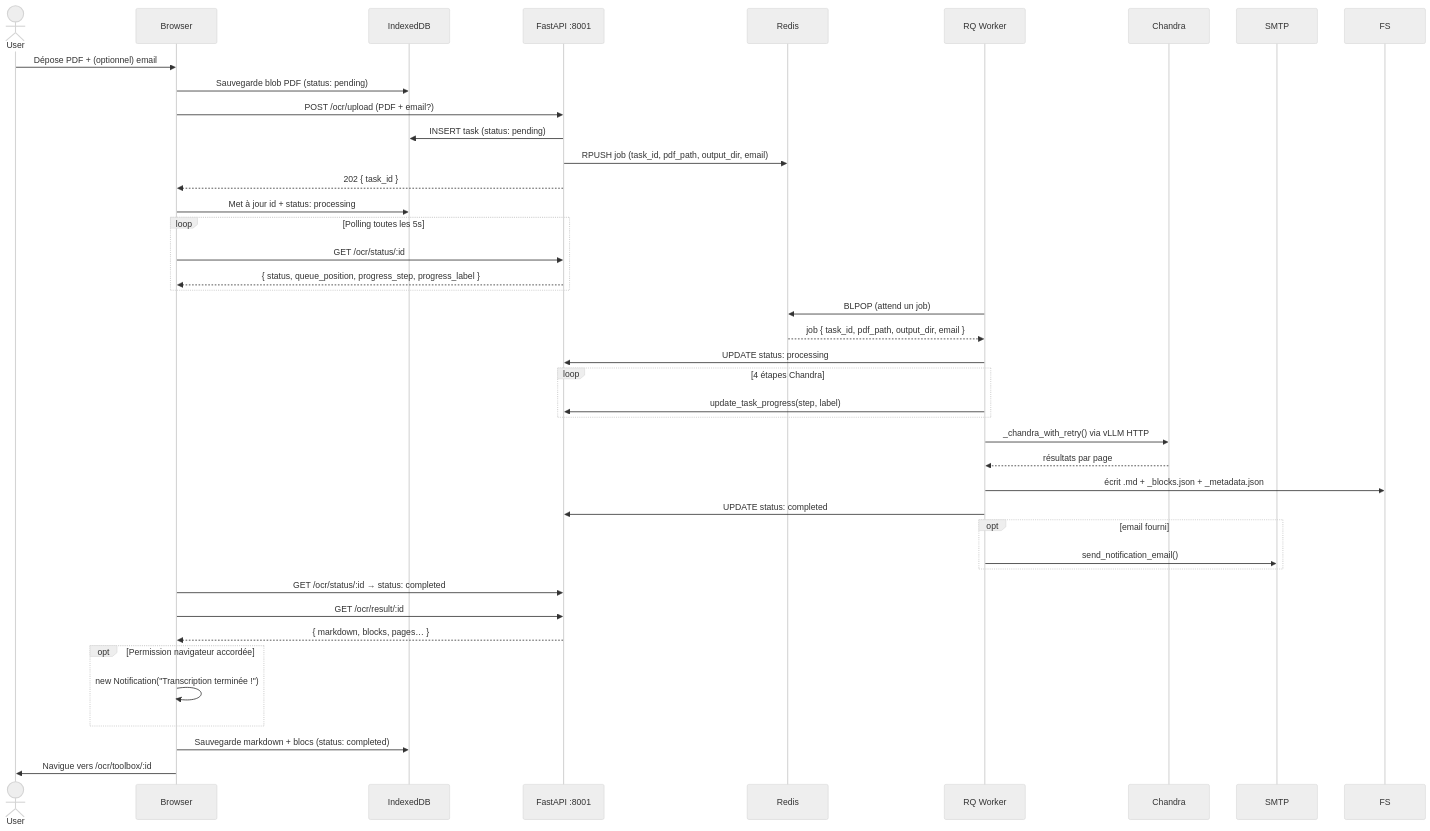
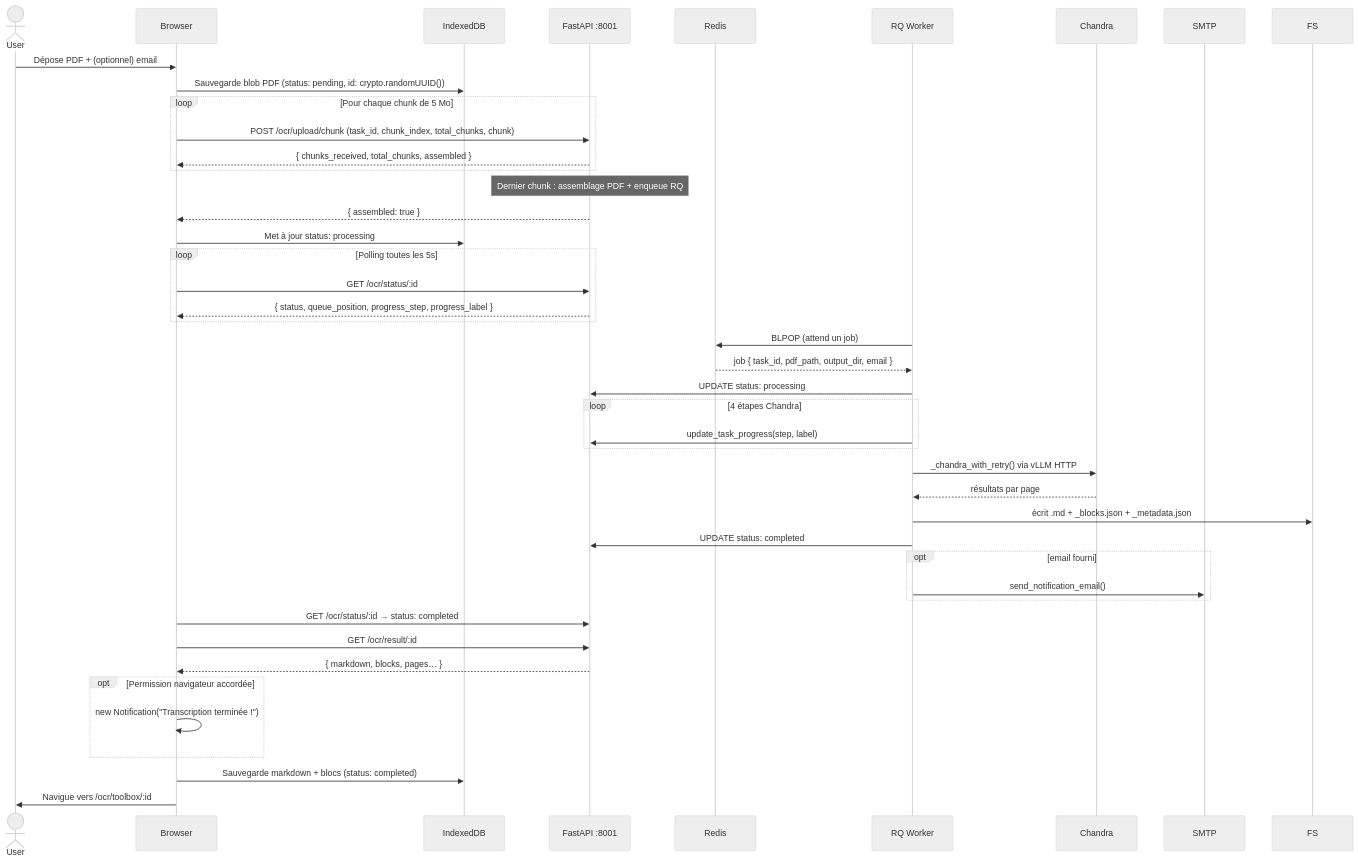
Before and after one commit to CRH-EHESS/Histoolbox: the fourth of 7 diagrams in ARCHITECTURE.md, drawn with Mermaid (neutral theme). The commit also changed other lines of this file and 9 other files, not shown here.

First line of the commit message:
✨ feat: upload PDF par chunks de 5 Mo (frontend & API)

````diff
--- a/ARCHITECTURE.md
+++ b/ARCHITECTURE.md
@@ -109,47 +113,49 @@
 ```mermaid
 sequenceDiagram
     actor User
     participant Browser
     participant IndexedDB
     participant API as FastAPI :8001
     participant Redis
     participant Worker as RQ Worker
     participant Chandra
     participant SMTP
 
     User->>Browser: Dépose PDF + (optionnel) email
-    Browser->>IndexedDB: Sauvegarde blob PDF (status: pending)
-    Browser->>API: POST /ocr/upload (PDF + email?)
-    API->>IndexedDB: INSERT task (status: pending)
-    API->>Redis: RPUSH job (task_id, pdf_path, output_dir, email)
-    API-->>Browser: 202 { task_id }
-    Browser->>IndexedDB: Met à jour id + status: processing
+    Browser->>IndexedDB: Sauvegarde blob PDF (status: pending, id: crypto.randomUUID())
+    loop Pour chaque chunk de 5 Mo
+        Browser->>API: POST /ocr/upload/chunk (task_id, chunk_index, total_chunks, chunk)
+        API-->>Browser: { chunks_received, total_chunks, assembled }
+    end
+    Note over API: Dernier chunk : assemblage PDF + enqueue RQ
+    API-->>Browser: { assembled: true }
+    Browser->>IndexedDB: Met à jour status: processing
 
     loop Polling toutes les 5s
         Browser->>API: GET /ocr/status/:id
         API-->>Browser: { status, queue_position, progress_step, progress_label }
     end
 
     Worker->>Redis: BLPOP (attend un job)
     Redis-->>Worker: job { task_id, pdf_path, output_dir, email }
     Worker->>API: UPDATE status: processing
     loop 4 étapes Chandra
         Worker->>API: update_task_progress(step, label)
     end
     Worker->>Chandra: _chandra_with_retry() via vLLM HTTP
     Chandra-->>Worker: résultats par page
     Worker->>FS: écrit .md + _blocks.json + _metadata.json
     Worker->>API: UPDATE status: completed
     opt email fourni
         Worker->>SMTP: send_notification_email()
     end
 
     Browser->>API: GET /ocr/status/:id → status: completed
     Browser->>API: GET /ocr/result/:id
     API-->>Browser: { markdown, blocks, pages… }
     opt Permission navigateur accordée
         Browser->>Browser: new Notification("Transcription terminée !")
     end
     Browser->>IndexedDB: Sauvegarde markdown + blocs (status: completed)
     Browser->>User: Navigue vers /ocr/toolbox/:id
 ```
````
